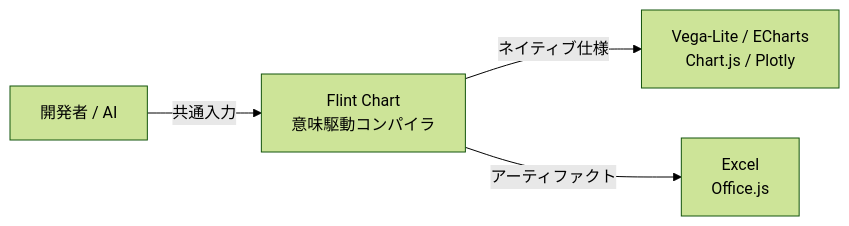
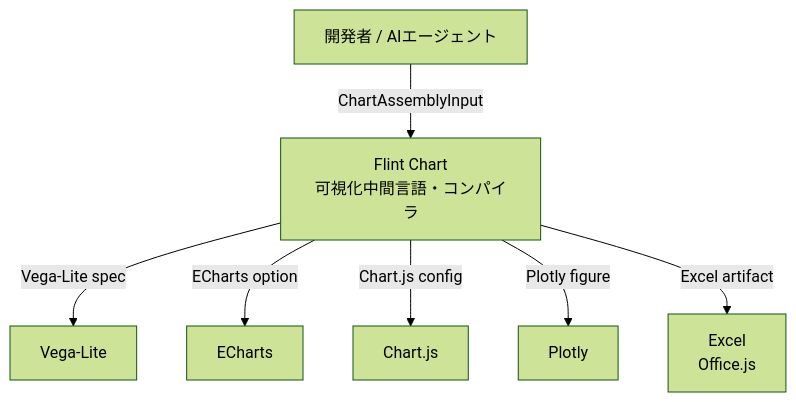
One commit to suwa-sh/zenn-contents changed the first of 5 diagrams in articles/flint-chart_20260811.md. Above: the diagram before and after it, drawn with Mermaid (forest theme). The commit also changed other lines of this file and 1 other file, not shown here.

````diff
--- a/articles/flint-chart_20260811.md
+++ b/articles/flint-chart_20260811.md
@@ -32,10 +66,16 @@
 ```mermaid
-flowchart LR
-  Author["開発者 / AI"]
-  Flint["Flint Chart<br/>意味駆動コンパイラ"]
-  Web["Vega-Lite / ECharts<br/>Chart.js / Plotly"]
+flowchart TD
+  Author["開発者 / AIエージェント"]
+  Flint["Flint Chart<br/>可視化中間言語・コンパイラ"]
+  VegaLite["Vega-Lite"]
+  ECharts["ECharts"]
+  ChartJs["Chart.js"]
+  Plotly["Plotly"]
   Excel["Excel<br/>Office.js"]
-  Author -->|共通入力| Flint
-  Flint -->|ネイティブ仕様| Web
-  Flint -->|アーティファクト| Excel
+  Author -->|ChartAssemblyInput| Flint
+  Flint -->|Vega-Lite spec| VegaLite
+  Flint -->|ECharts option| ECharts
+  Flint -->|Chart.js config| ChartJs
+  Flint -->|Plotly figure| Plotly
+  Flint -->|Excel artifact| Excel
 ```
````
